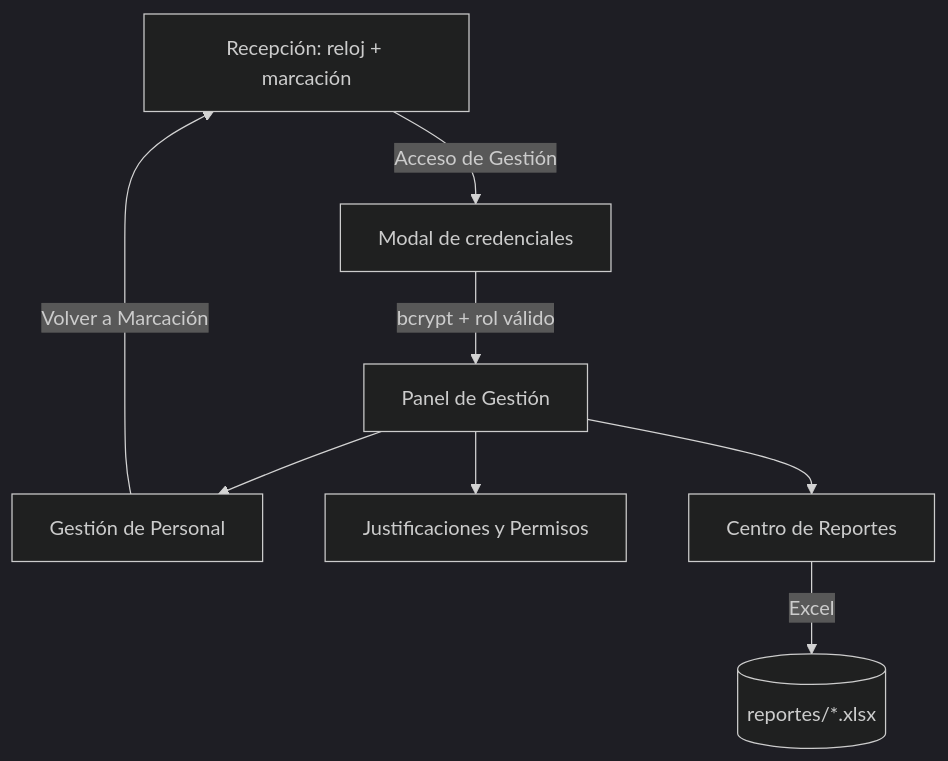
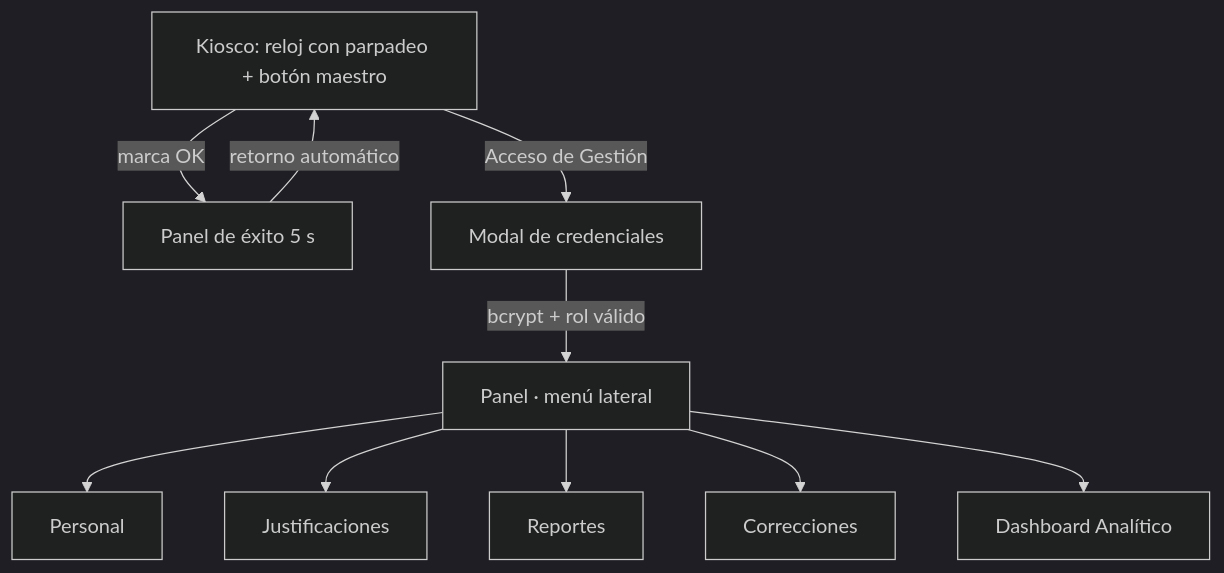
The diagram in Sistema de Marcacion/Diseño de Interfaz Premium UI-UX.md (nandres/sistema-marcacion-empresarial), drawn with Mermaid (dark theme) before and after one commit. The commit also changed other lines of this file and 1 other file, not shown here.

Commit message:
design(ui/ux): rediseñar interfaz gráfica a nivel premium con tarjetas flotantes, micro-interacciones y accesos rápidos históricos

````diff
--- a/Sistema de Marcacion/Diseño de Interfaz Premium UI-UX.md
+++ b/Sistema de Marcacion/Diseño de Interfaz Premium UI-UX.md
@@ -56,10 +85,12 @@
 ```mermaid
 flowchart TD
-    PUB[Recepción: reloj + marcación] -->|Acceso de Gestión| LOGIN[Modal de credenciales]
-    LOGIN -->|bcrypt + rol válido| PANEL[Panel de Gestión]
-    PANEL --> P1[Gestión de Personal]
-    PANEL --> P2[Justificaciones y Permisos]
-    PANEL --> P3[Centro de Reportes]
-    P1 -->|Volver a Marcación| PUB
-    P3 -->|Excel| XLSX[(reportes/*.xlsx)]
+    PUB[Kiosco: reloj con parpadeo + botón maestro] -->|marca OK| EXITO[Panel de éxito 5 s]
+    EXITO -->|retorno automático| PUB
+    PUB -->|Acceso de Gestión| LOGIN[Modal de credenciales]
+    LOGIN -->|bcrypt + rol válido| PANEL[Panel · menú lateral]
+    PANEL --> S1[Personal]
+    PANEL --> S2[Justificaciones]
+    PANEL --> S3[Reportes]
+    PANEL --> S4[Correcciones]
+    PANEL --> S5[Dashboard Analítico]
 ```
````
